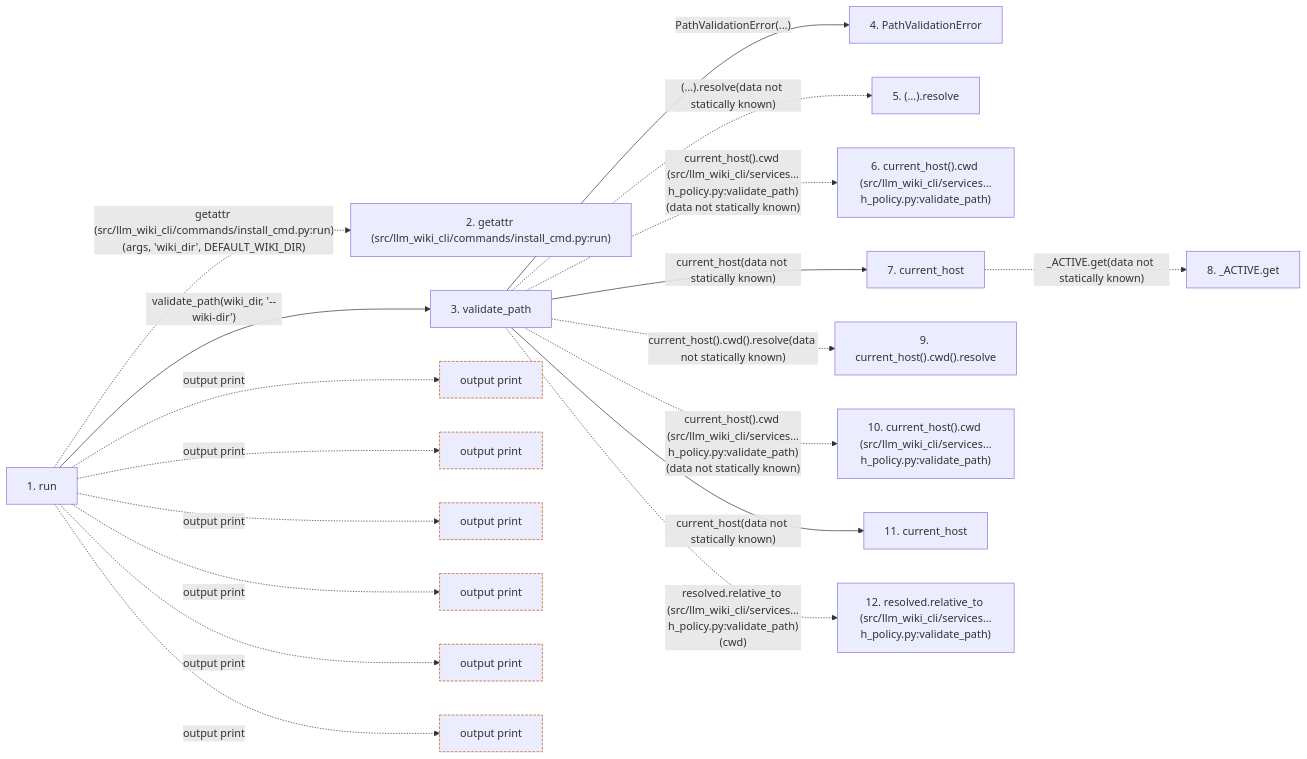
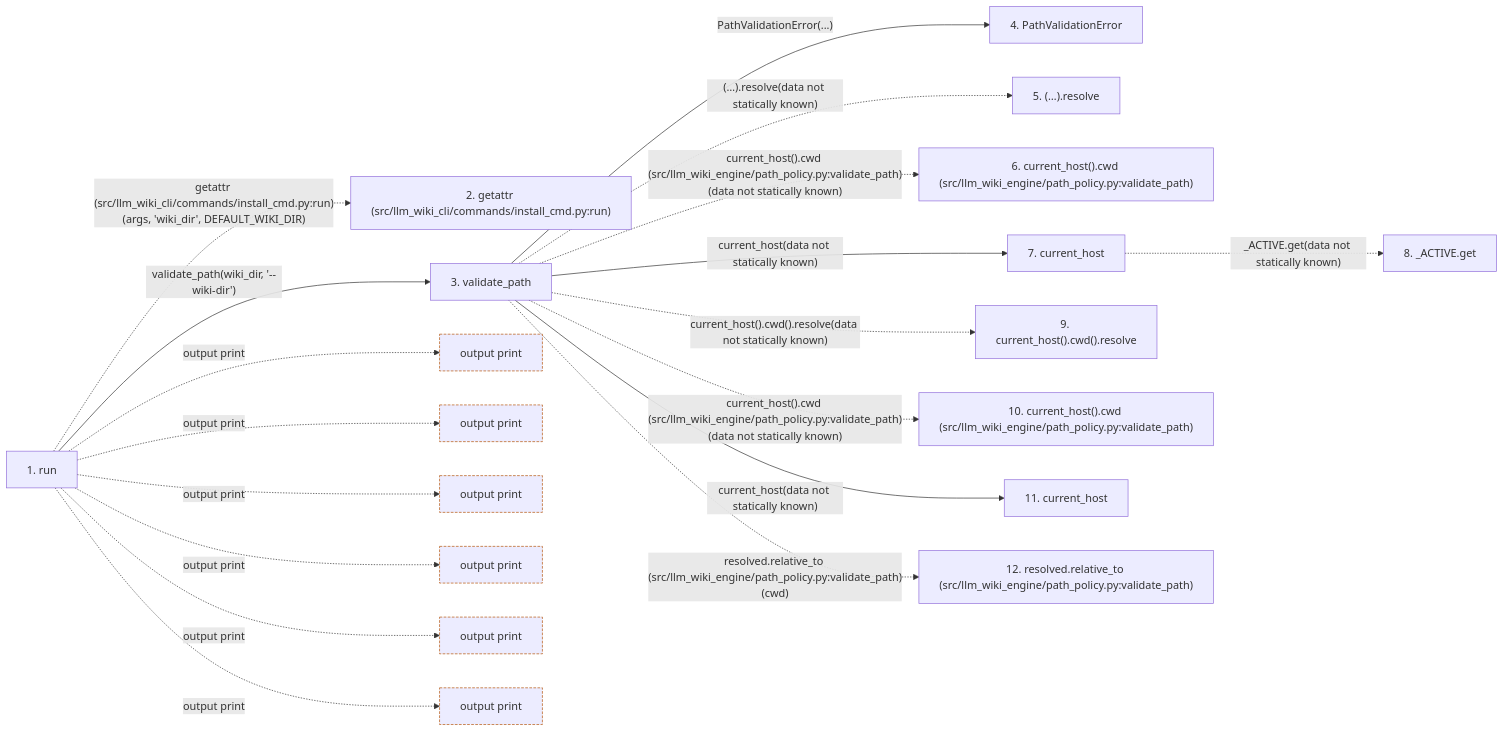
One commit to Denissvgn/python-wiki-llm changed the second of 2 diagrams in docs/llm_wiki/flows/cli-install.md. Above: the diagram before and after it, drawn with Mermaid. The commit also changed other lines of this file and 739 other files, not shown here.

First line of the commit message:
docs: refresh the wiki for the second engine batch

````diff
--- a/docs/llm_wiki/flows/cli-install.md
+++ b/docs/llm_wiki/flows/cli-install.md
@@ -141,50 +141,50 @@
 ```mermaid
 flowchart LR
     s1["1. run"]
     s2["2. getattr (src/llm_wiki_cli/commands/install_cmd.py:run)"]
     s3["3. validate_path"]
     s4["4. PathValidationError"]
     s5["5. (…).resolve"]
-    s6["6. current_host().cwd (src/llm_wiki_cli/services…h_policy.py:validate_path)"]
+    s6["6. current_host().cwd (src/llm_wiki_engine/path_policy.py:validate_path)"]
     s7["7. current_host"]
     s8["8. _ACTIVE.get"]
     s9["9. current_host().cwd().resolve"]
-    s10["10. current_host().cwd (src/llm_wiki_cli/services…h_policy.py:validate_path)"]
+    s10["10. current_host().cwd (src/llm_wiki_engine/path_policy.py:validate_path)"]
     s11["11. current_host"]
-    s12["12. resolved.relative_to (src/llm_wiki_cli/services…h_policy.py:validate_path)"]
+    s12["12. resolved.relative_to (src/llm_wiki_engine/path_policy.py:validate_path)"]
     s1 -. "getattr (src/llm_wiki_cli/commands/install_cmd.py:run)(args, 'wiki_dir', DEFAULT_WIKI_DIR)" .-> s2
     s1 -->|"validate_path(wiki_dir, '--wiki-dir')"| s3
     s3 -->|"PathValidationError(...)"| s4
     s3 -. "(…).resolve(data not statically known)" .-> s5
-    s3 -. "current_host().cwd (src/llm_wiki_cli/services…h_policy.py:validate_path)(data not statically known)" .-> s6
+    s3 -. "current_host().cwd (src/llm_wiki_engine/path_policy.py:validate_path)(data not statically known)" .-> s6
     s3 -->|"current_host(data not statically known)"| s7
     s7 -. "_ACTIVE.get(data not statically known)" .-> s8
     s3 -. "current_host().cwd().resolve(data not statically known)" .-> s9
-    s3 -. "current_host().cwd (src/llm_wiki_cli/services…h_policy.py:validate_path)(data not statically known)" .-> s10
+    s3 -. "current_host().cwd (src/llm_wiki_engine/path_policy.py:validate_path)(data not statically known)" .-> s10
     s3 -->|"current_host(data not statically known)"| s11
-    s3 -. "resolved.relative_to (src/llm_wiki_cli/services…h_policy.py:validate_path)(cwd)" .-> s12
+    s3 -. "resolved.relative_to (src/llm_wiki_engine/path_policy.py:validate_path)(cwd)" .-> s12
     b0["output print"]
     s1 -. "output print" .-> b0
     b1["output print"]
     s1 -. "output print" .-> b1
     b2["output print"]
     s1 -. "output print" .-> b2
     b3["output print"]
     s1 -. "output print" .-> b3
     b4["output print"]
     s1 -. "output print" .-> b4
     b5["output print"]
     s1 -. "output print" .-> b5
     click s1 "../modules/install_cmd.md"
     click s3 "../modules/path_policy.md"
     click s4 "../modules/path_policy.md"
     click s7 "../modules/host.md"
     click s11 "../modules/host.md"
     classDef boundary stroke:#b45309,stroke-dasharray: 4 2
     class b0 boundary
     class b1 boundary
     class b2 boundary
     class b3 boundary
     class b4 boundary
     class b5 boundary
 ```
````
